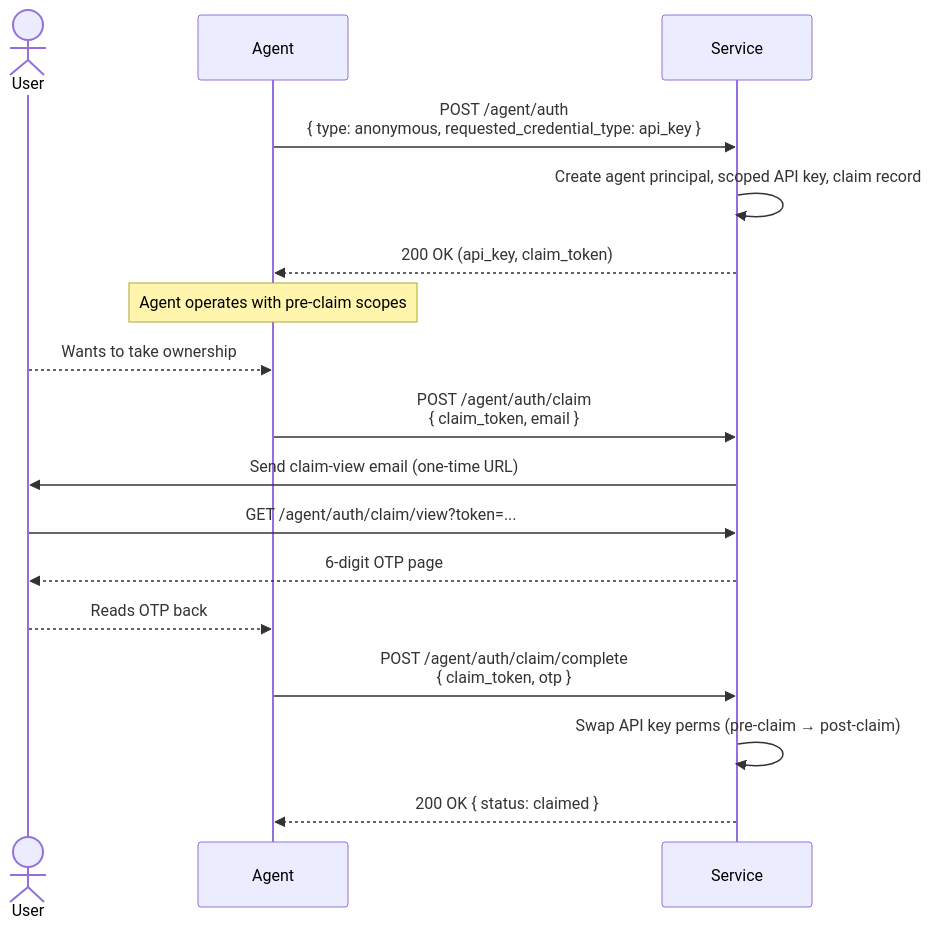
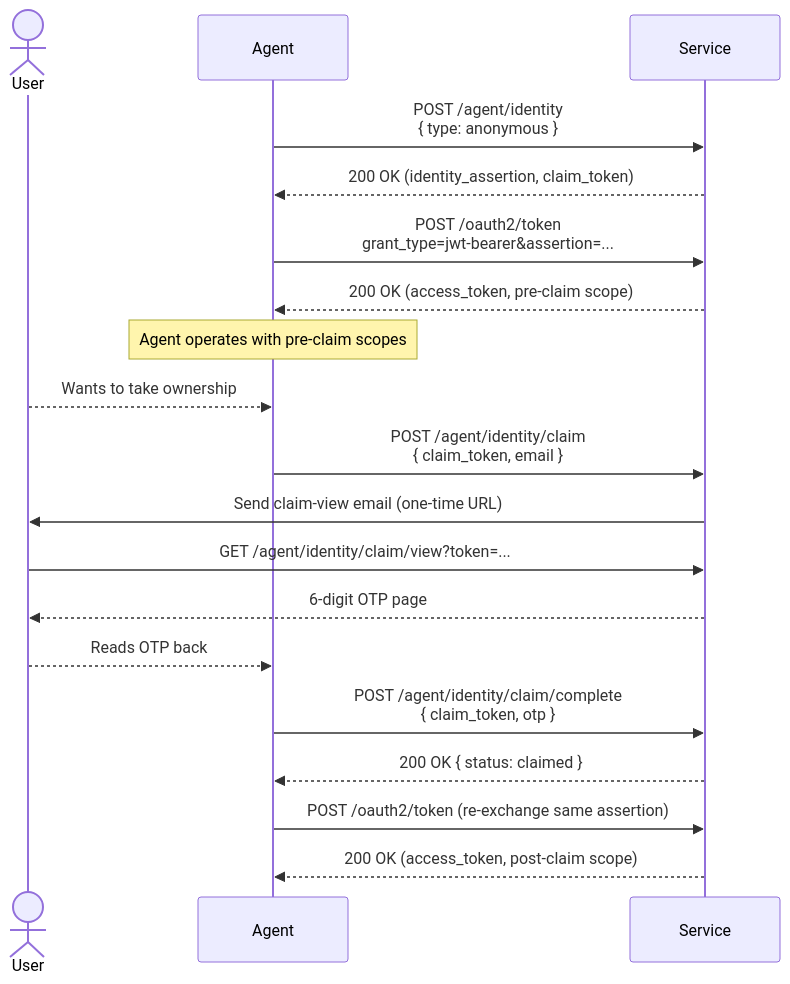
The second of 3 diagrams in agent-services/README.md (timothybrush/auth.md), drawn with Mermaid before and after one commit. The commit also changed other lines of this file and 15 other files, not shown here.

First line of the commit message:
Split identity and token endpoints

````diff
--- a/agent-services/README.md
+++ b/agent-services/README.md
@@ -49,22 +52,24 @@
 ```mermaid
 sequenceDiagram
     actor User
     participant Agent
     participant Service
 
-    Agent->>Service: POST /agent/auth<br/>{ type: anonymous, requested_credential_type: api_key }
-    Service->>Service: Create agent principal, scoped API key, claim record
-    Service-->>Agent: 200 OK (api_key, claim_token)
+    Agent->>Service: POST /agent/identity<br/>{ type: anonymous }
+    Service-->>Agent: 200 OK (identity_assertion, claim_token)
+    Agent->>Service: POST /oauth2/token<br/>grant_type=jwt-bearer&assertion=...
+    Service-->>Agent: 200 OK (access_token, pre-claim scope)
 
     Note over Agent: Agent operates with pre-claim scopes
 
     User-->>Agent: Wants to take ownership
-    Agent->>Service: POST /agent/auth/claim<br/>{ claim_token, email }
+    Agent->>Service: POST /agent/identity/claim<br/>{ claim_token, email }
     Service->>User: Send claim-view email (one-time URL)
-    User->>Service: GET /agent/auth/claim/view?token=...
+    User->>Service: GET /agent/identity/claim/view?token=...
     Service-->>User: 6-digit OTP page
     User-->>Agent: Reads OTP back
-    Agent->>Service: POST /agent/auth/claim/complete<br/>{ claim_token, otp }
-    Service->>Service: Swap API key perms (pre-claim → post-claim)
+    Agent->>Service: POST /agent/identity/claim/complete<br/>{ claim_token, otp }
     Service-->>Agent: 200 OK { status: claimed }
+    Agent->>Service: POST /oauth2/token (re-exchange same assertion)
+    Service-->>Agent: 200 OK (access_token, post-claim scope)
 ```
````
